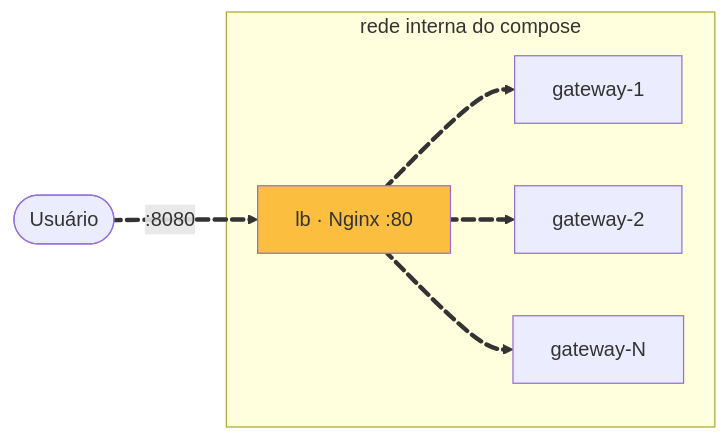
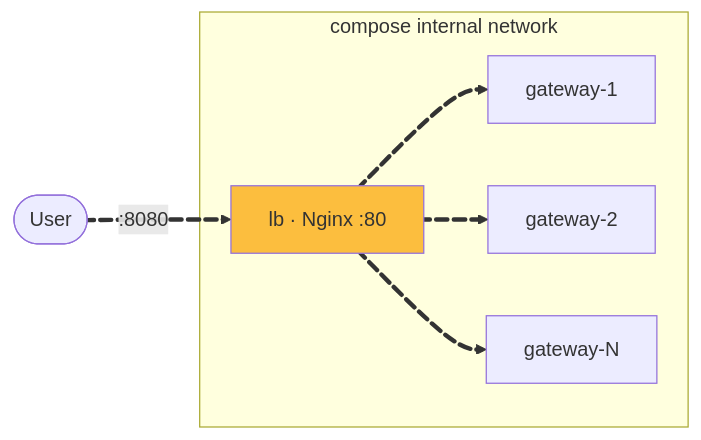
Before and after one commit to pna26/platform: the first of 2 diagrams in docs/bottlenecks/load-balancing.md, drawn with Mermaid. The commit also changed other lines of this file and 55 other files, not shown here.

````diff
--- a/docs/bottlenecks/load-balancing.md
+++ b/docs/bottlenecks/load-balancing.md
@@ -17,14 +17,14 @@
     ``` mermaid
     flowchart LR
-        user([Usuário]) e0@==>|":8080"| lb["lb · Nginx :80"]:::orange
-        subgraph trusted [rede interna do compose]
+        user([User]) e0@==>|":8080"| lb["lb · Nginx :80"]:::orange
+        subgraph trusted [compose internal network]
             lb e1@==> g1[gateway-1]
             lb e2@==> g2[gateway-2]
             lb e3@==> g3[gateway-N]
         end
         e0@{ animate: true }
         e1@{ animate: true }
         e2@{ animate: true }
         e3@{ animate: true }
         classDef orange fill:#FCBE3E
     ```
````
